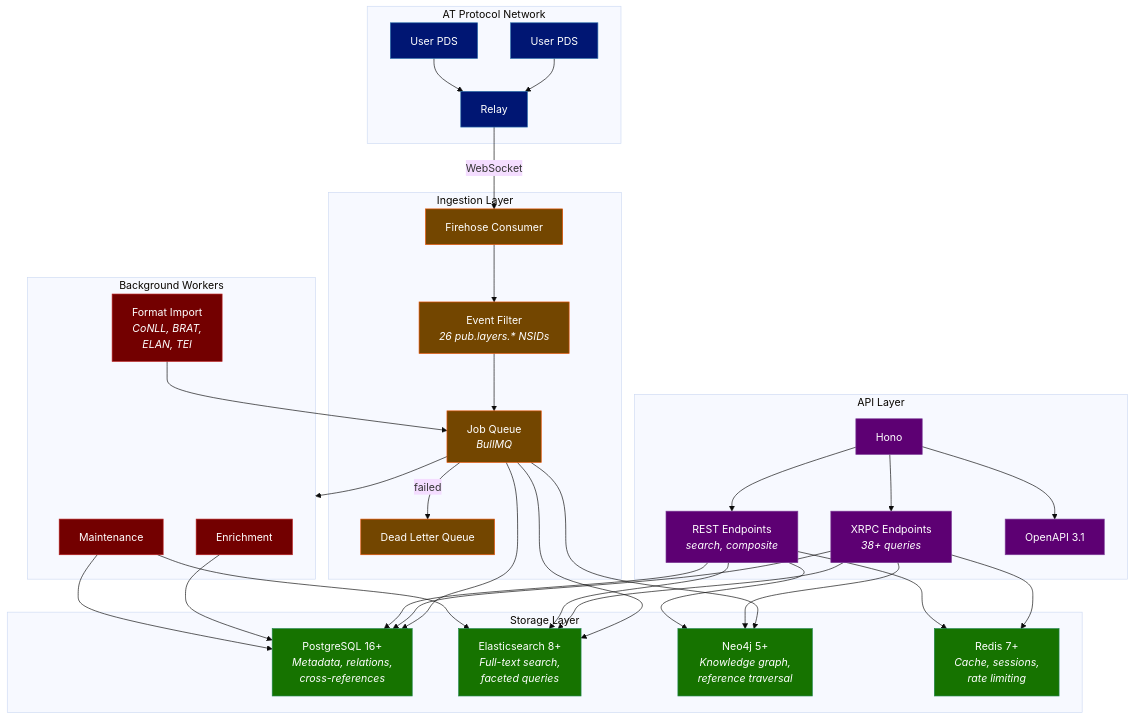
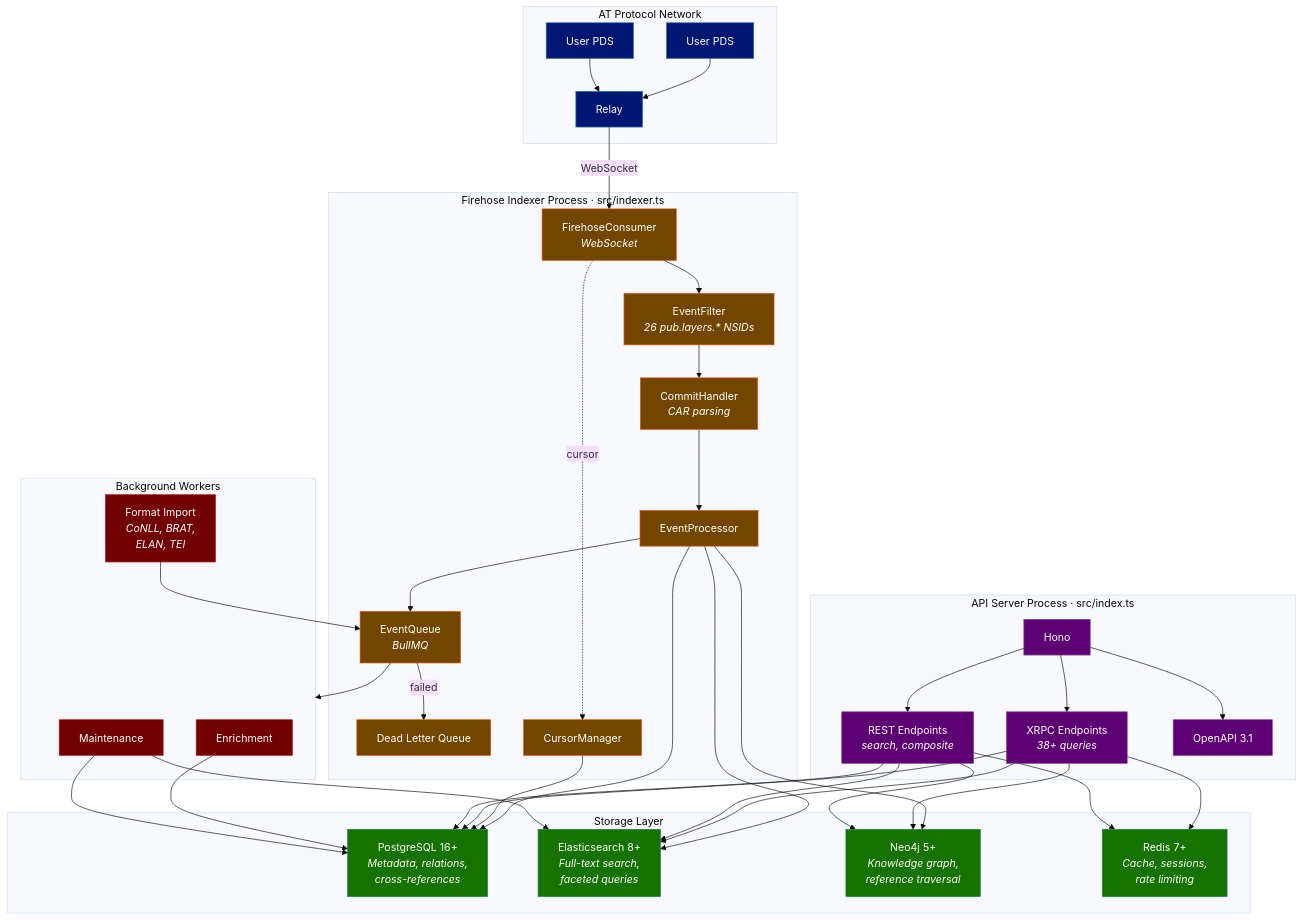
The diagram in docs/docs/appview/index.md (layers-pub/layers), drawn with Mermaid (base theme) before and after one commit. The commit also changed other lines of this file and 12 other files, not shown here.

````diff
--- a/docs/docs/appview/index.md
+++ b/docs/docs/appview/index.md
@@ -16,74 +21,78 @@
 ```mermaid
 flowchart TD
     subgraph ATProto["AT Protocol Network"]
         PDS1["User PDS"]
         PDS2["User PDS"]
         RELAY["Relay"]
     end
 
-    subgraph Ingestion["Ingestion Layer"]
-        FC["Firehose Consumer"]
-        EF["Event Filter<br/><i>26 pub.layers.* NSIDs</i>"]
-        JQ["Job Queue<br/><i>BullMQ</i>"]
+    subgraph Indexer["Firehose Indexer Process · src/indexer.ts"]
+        FC["FirehoseConsumer<br/><i>WebSocket</i>"]
+        EF["EventFilter<br/><i>26 pub.layers.* NSIDs</i>"]
+        CH["CommitHandler<br/><i>CAR parsing</i>"]
+        EP["EventProcessor"]
+        EQ["EventQueue<br/><i>BullMQ</i>"]
         DLQ["Dead Letter Queue"]
+        CM["CursorManager"]
     end
 
     subgraph Storage["Storage Layer"]
         PG["PostgreSQL 16+<br/><i>Metadata, relations,<br/>cross-references</i>"]
         ES["Elasticsearch 8+<br/><i>Full-text search,<br/>faceted queries</i>"]
         NEO["Neo4j 5+<br/><i>Knowledge graph,<br/>reference traversal</i>"]
         REDIS["Redis 7+<br/><i>Cache, sessions,<br/>rate limiting</i>"]
     end
 
-    subgraph API["API Layer"]
+    subgraph APIServer["API Server Process · src/index.ts"]
         HONO["Hono"]
         XRPC["XRPC Endpoints<br/><i>38+ queries</i>"]
         REST["REST Endpoints<br/><i>search, composite</i>"]
         OPENAPI["OpenAPI 3.1"]
     end
 
     subgraph Workers["Background Workers"]
         ENRICH["Enrichment"]
         IMPORT["Format Import<br/><i>CoNLL, BRAT,<br/>ELAN, TEI</i>"]
         MAINT["Maintenance"]
     end
 
     PDS1 --> RELAY
     PDS2 --> RELAY
     RELAY -->|WebSocket| FC
-    FC --> EF --> JQ
-    JQ -->|failed| DLQ
-    JQ --> PG
-    JQ --> ES
-    JQ --> NEO
+    FC --> EF --> CH --> EP --> EQ
+    EQ -->|failed| DLQ
+    EP --> PG
+    EP --> ES
+    EP --> NEO
+    FC -.->|cursor| CM --> PG
 
     HONO --> XRPC
     HONO --> REST
     HONO --> OPENAPI
     XRPC --> PG
     XRPC --> ES
     XRPC --> NEO
     REST --> PG
     REST --> ES
     REST --> NEO
     XRPC --> REDIS
     REST --> REDIS
 
-    JQ --> Workers
+    EQ --> Workers
     ENRICH --> PG
-    IMPORT --> JQ
+    IMPORT --> EQ
     MAINT --> PG
     MAINT --> ES
 
     classDef atproto fill:#001673,stroke:#2c6faa,color:#fff
     classDef ingest fill:#734600,stroke:#e65100,color:#fff
     classDef store fill:#167300,stroke:#1e8449,color:#fff
     classDef api fill:#5D0073,stroke:#7d3c98,color:#fff
     classDef worker fill:#730000,stroke:#b71c1c,color:#fff
 
     class PDS1,PDS2,RELAY atproto
-    class FC,EF,JQ,DLQ ingest
+    class FC,EF,CH,EP,EQ,DLQ,CM ingest
     class PG,ES,NEO,REDIS store
     class HONO,XRPC,REST,OPENAPI api
     class ENRICH,IMPORT,MAINT worker
 ```
````
